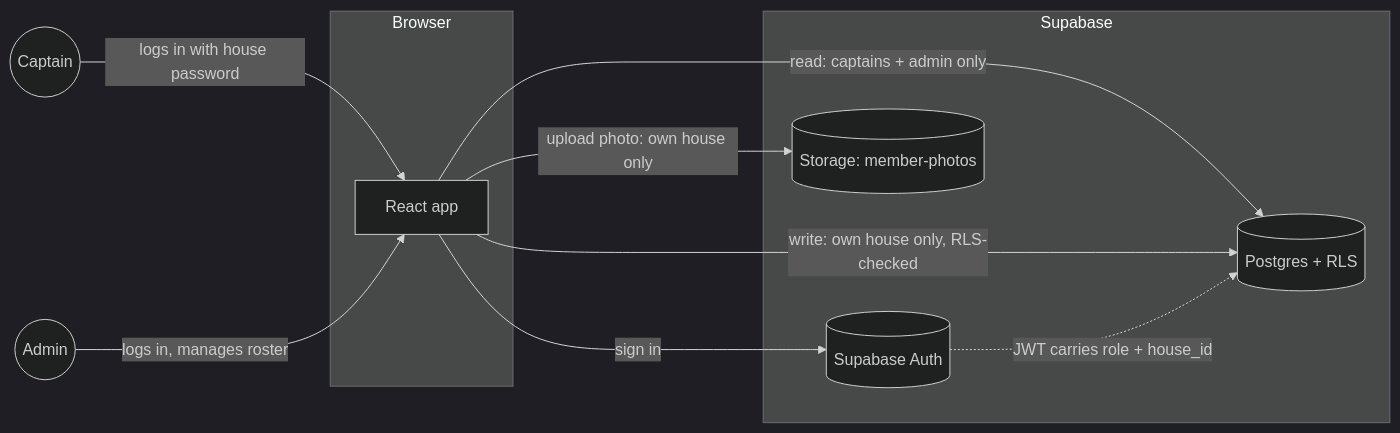
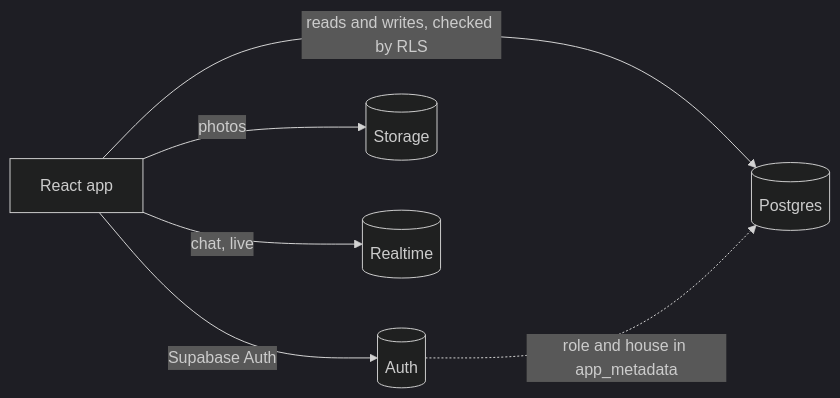
One commit to nurmuhammedkanybekov/tdJamaat-v2 changed the diagram in README.md. Above: the diagram before and after it, drawn with Mermaid (dark theme). The commit also changed other lines of this file and 11 other files, not shown here.

````diff
--- a/README.md
+++ b/README.md
@@ -213,20 +43,8 @@
 ```mermaid
 graph LR
-    subgraph Browser
-        UI[React app]
-    end
-    subgraph Supabase
-        Auth[(Supabase Auth)]
-        DB[(Postgres + RLS)]
-        Storage[(Storage: member-photos)]
-    end
-
-    Captain((Captain)) -->|logs in with house password| UI
-    Admin((Admin)) -->|logs in, manages roster| UI
-
-    UI -->|sign in| Auth
-    UI -->|read: captains + admin only| DB
-    UI -->|write: own house only, RLS-checked| DB
-    UI -->|upload photo: own house only| Storage
-    Auth -.JWT carries role + house_id.-> DB
+    App[React app] -->|Supabase Auth| Auth[(Auth)]
+    App -->|reads and writes, checked by RLS| DB[(Postgres)]
+    App -->|photos| Storage[(Storage)]
+    App -->|chat, live| RT[(Realtime)]
+    Auth -.role and house in app_metadata.-> DB
 ```
````
